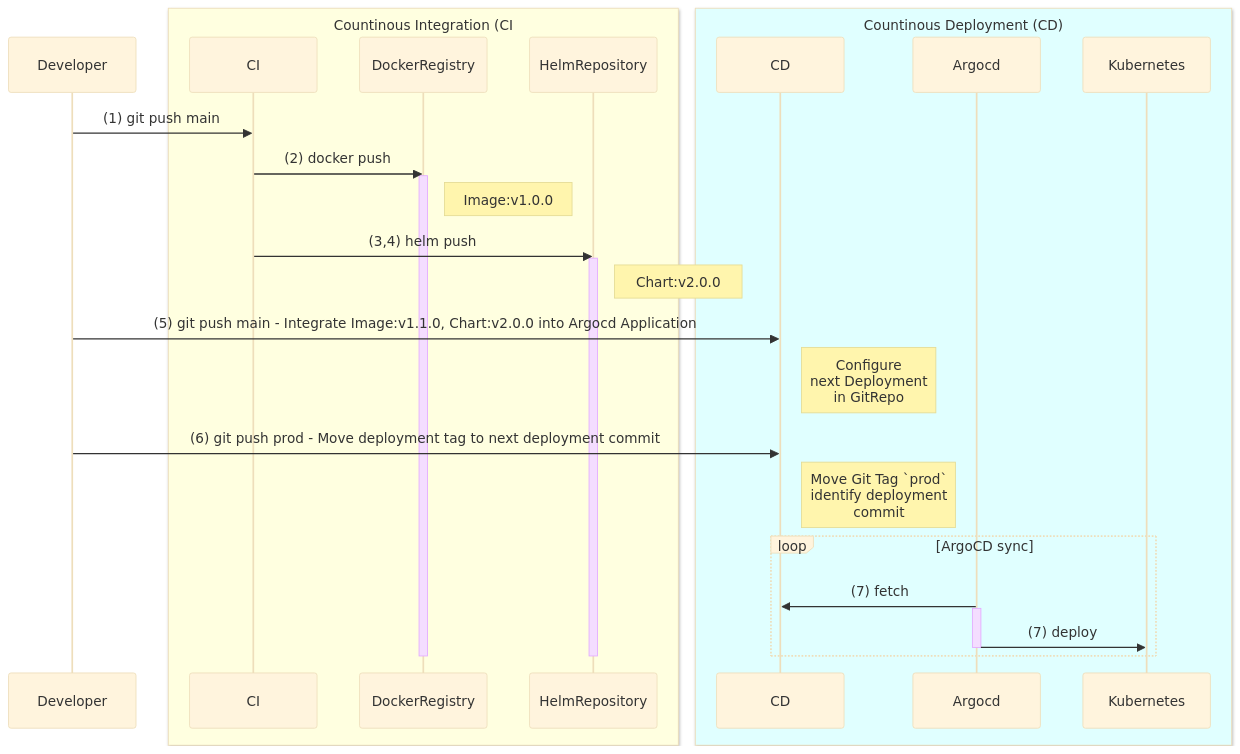
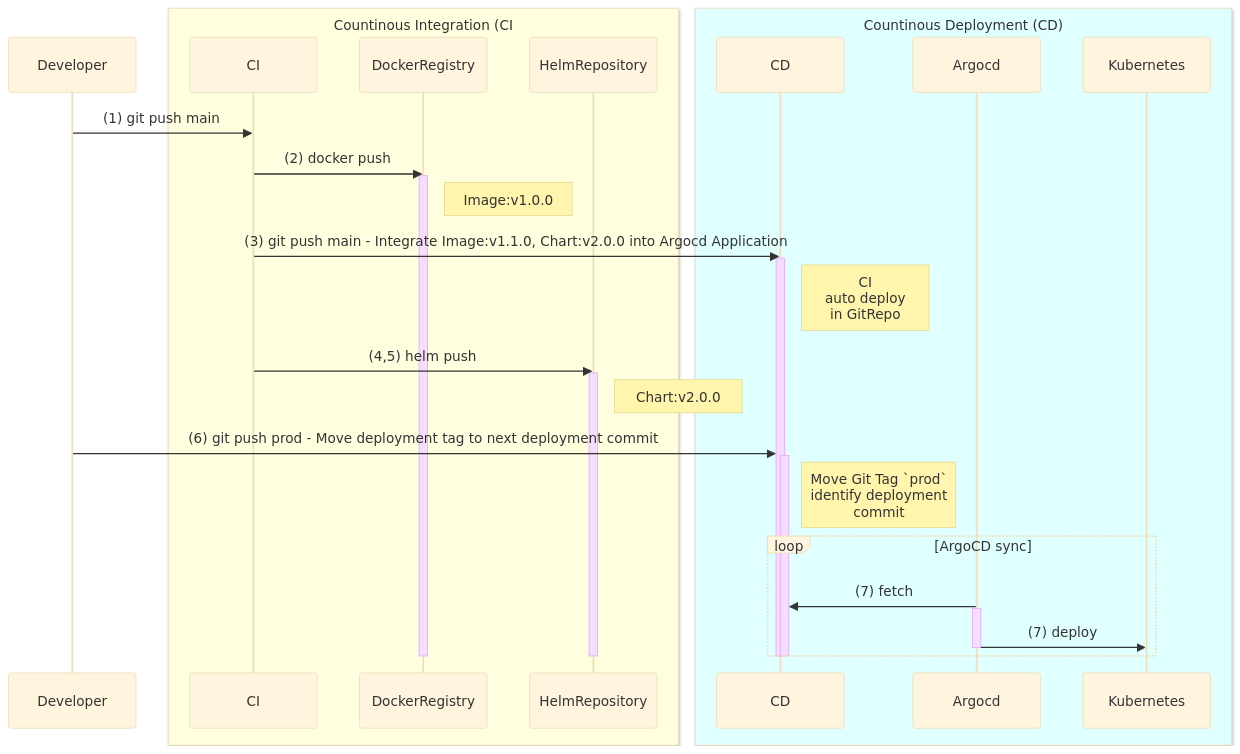
The second of 3 diagrams in README.md (jwausle/gitops.argocd.treboul), drawn with Mermaid (base theme) before and after one commit. The commit also changed other lines of this file and 1 other file, not shown here.

````diff
--- a/README.md
+++ b/README.md
@@ -55,33 +55,37 @@
 ```mermaid
 sequenceDiagram
     participant Developer
     box LightYellow Countinous Integration (CI
     participant CI
     participant DockerRegistry
     participant HelmRepository
     end
     box LightCyan Countinous Deployment (CD)
     participant CD
     participant Argocd
     participant Kubernetes
     end
     Developer ->> CI: (1) git push main
     CI ->>DockerRegistry: (2) docker push
     activate DockerRegistry
     note right of DockerRegistry: Image:v1.0.0
-    CI ->> HelmRepository: (3,4) helm push
+    CI ->> CD: (3) git push main - Integrate Image:v1.1.0, Chart:v2.0.0 into Argocd Application
+    activate CD
+    Note right of CD: CI<br/>auto deploy <br/>in GitRepo
+    CI ->> HelmRepository: (4,5) helm push
     activate HelmRepository
     note right of HelmRepository: Chart:v2.0.0
-    Developer ->> CD: (5) git push main - Integrate Image:v1.1.0, Chart:v2.0.0 into Argocd Application
-    Note right of CD: Configure<br/>next Deployment <br/>in GitRepo
     Developer ->> CD: (6) git push prod - Move deployment tag to next deployment commit
+    activate CD
     Note right of CD: Move Git Tag `prod`<br/>identify deployment <br/> commit
     loop ArgoCD sync
     Argocd ->>CD: (7) fetch
     activate Argocd
     Argocd ->>Kubernetes: (7) deploy
     deactivate Argocd
     end
     deactivate DockerRegistry
     deactivate HelmRepository
+    deactivate CD
+    deactivate CD
 ```
````
